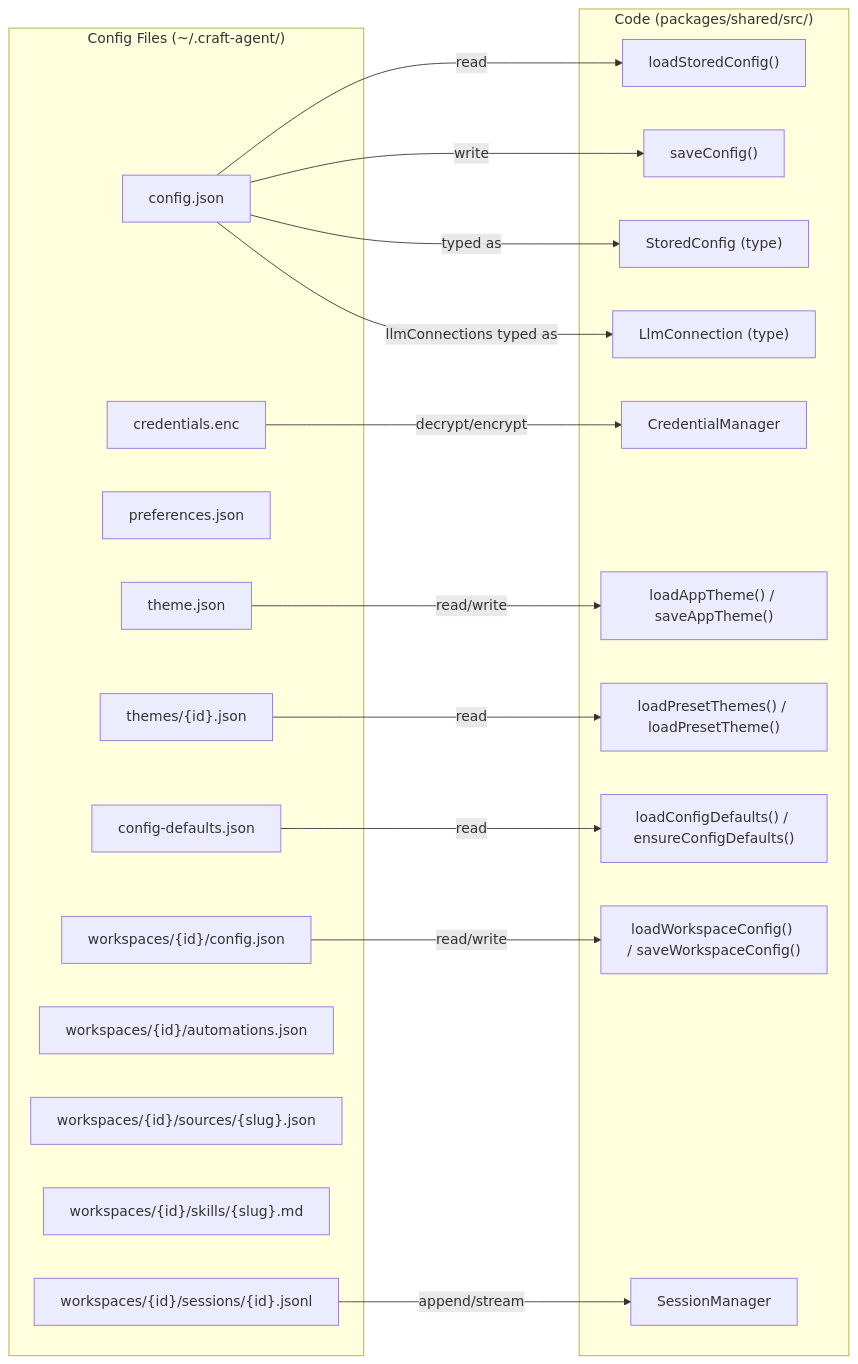
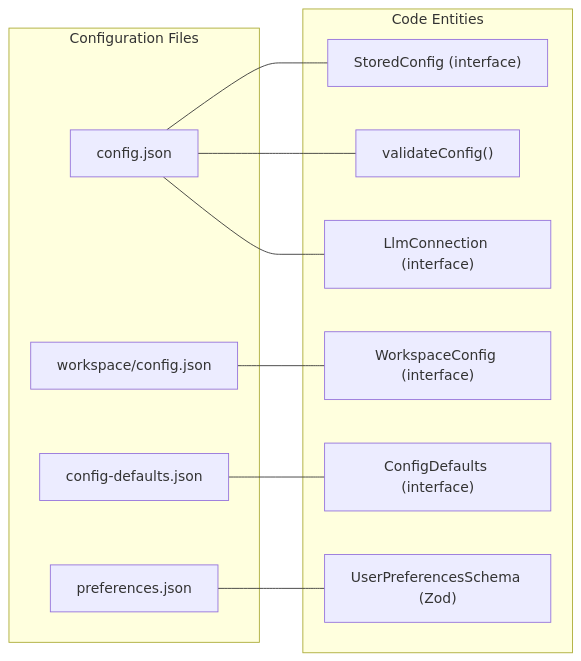
The second of 2 diagrams in docs/lukilabs_craft-agents-oss/api-reference/configuration-files.md (blackcater/zentree), drawn with Mermaid before and after one commit. The commit also changed other lines of this file and 232 other files, not shown here.

````diff
--- a/docs/lukilabs_craft-agents-oss/api-reference/configuration-files.md
+++ b/docs/lukilabs_craft-agents-oss/api-reference/configuration-files.md
@@ -650,40 +227,25 @@
 ```mermaid
 graph LR
-    subgraph Files["Config Files (~/.craft-agent/)"]
-        A["config.json"]
-        B["credentials.enc"]
-        C["preferences.json"]
-        D["theme.json"]
-        E["themes/{id}.json"]
-        F["config-defaults.json"]
-        G["workspaces/{id}/config.json"]
-        H["workspaces/{id}/automations.json"]
-        I["workspaces/{id}/sources/{slug}.json"]
-        J["workspaces/{id}/skills/{slug}.md"]
-        K["workspaces/{id}/sessions/{id}.jsonl"]
+    subgraph Files["Configuration Files"]
+        CJSON["config.json"]
+        WJSON["workspace/config.json"]
+        DJSON["config-defaults.json"]
+        PJSON["preferences.json"]
     end
 
-    subgraph Code["Code (packages/shared/src/)"]
-        LoadStored["loadStoredConfig()"]
-        SaveConfig["saveConfig()"]
-        StoredConfigT["StoredConfig (type)"]
-        CredMgr["CredentialManager"]
-        LoadAppTheme["loadAppTheme() / saveAppTheme()"]
-        LoadPresets["loadPresetThemes() / loadPresetTheme()"]
-        LoadDefaults["loadConfigDefaults() / ensureConfigDefaults()"]
-        LoadWSConfig["loadWorkspaceConfig() / saveWorkspaceConfig()"]
-        SessionMgr["SessionManager"]
-        LlmConnT["LlmConnection (type)"]
+    subgraph Code["Code Entities"]
+        SC["StoredConfig (interface)"]
+        WC["WorkspaceConfig (interface)"]
+        CD["ConfigDefaults (interface)"]
+        CV["validateConfig()"]
+        LM["LlmConnection (interface)"]
+        UP["UserPreferencesSchema (Zod)"]
     end
 
-    A -->|"read"| LoadStored
-    A -->|"write"| SaveConfig
-    A -->|"typed as"| StoredConfigT
-    A -->|"llmConnections typed as"| LlmConnT
-    B -->|"decrypt/encrypt"| CredMgr
-    D -->|"read/write"| LoadAppTheme
-    E -->|"read"| LoadPresets
-    F -->|"read"| LoadDefaults
-    G -->|"read/write"| LoadWSConfig
-    K -->|"append/stream"| SessionMgr
+    CJSON --- SC
+    CJSON --- CV
+    WJSON --- WC
+    DJSON --- CD
+    CJSON --- LM
+    PJSON --- UP
 ```
````
